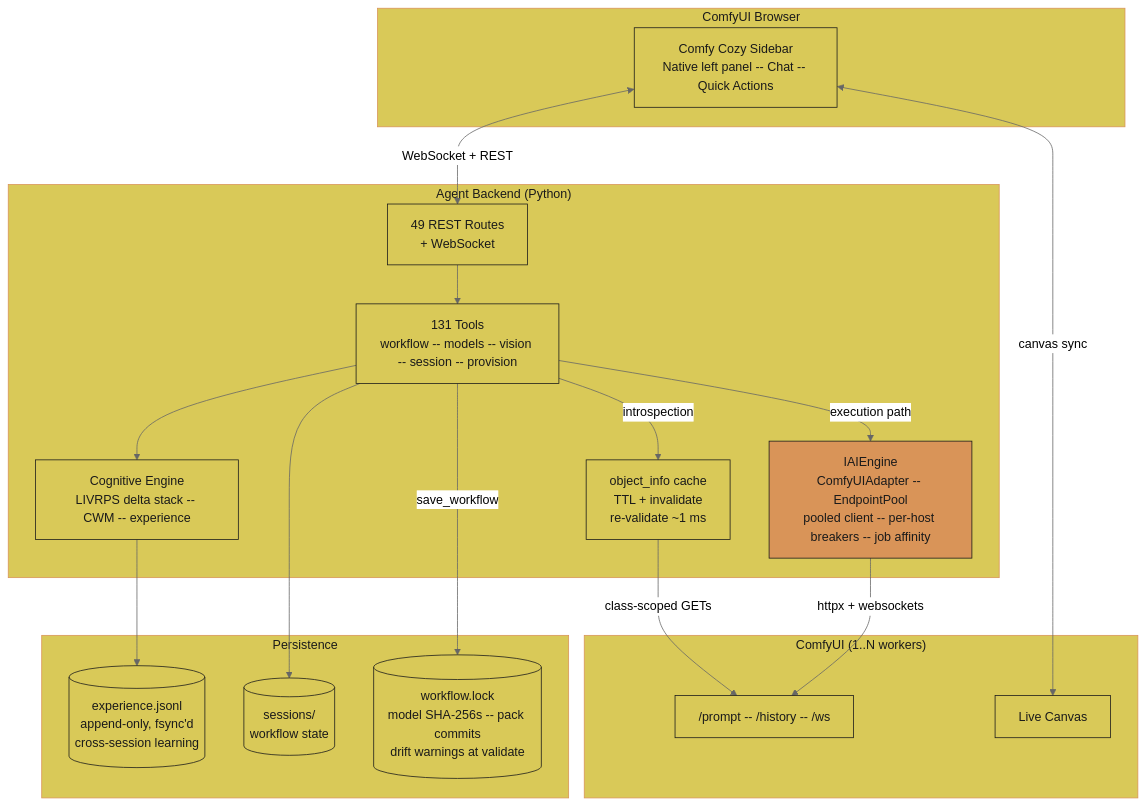
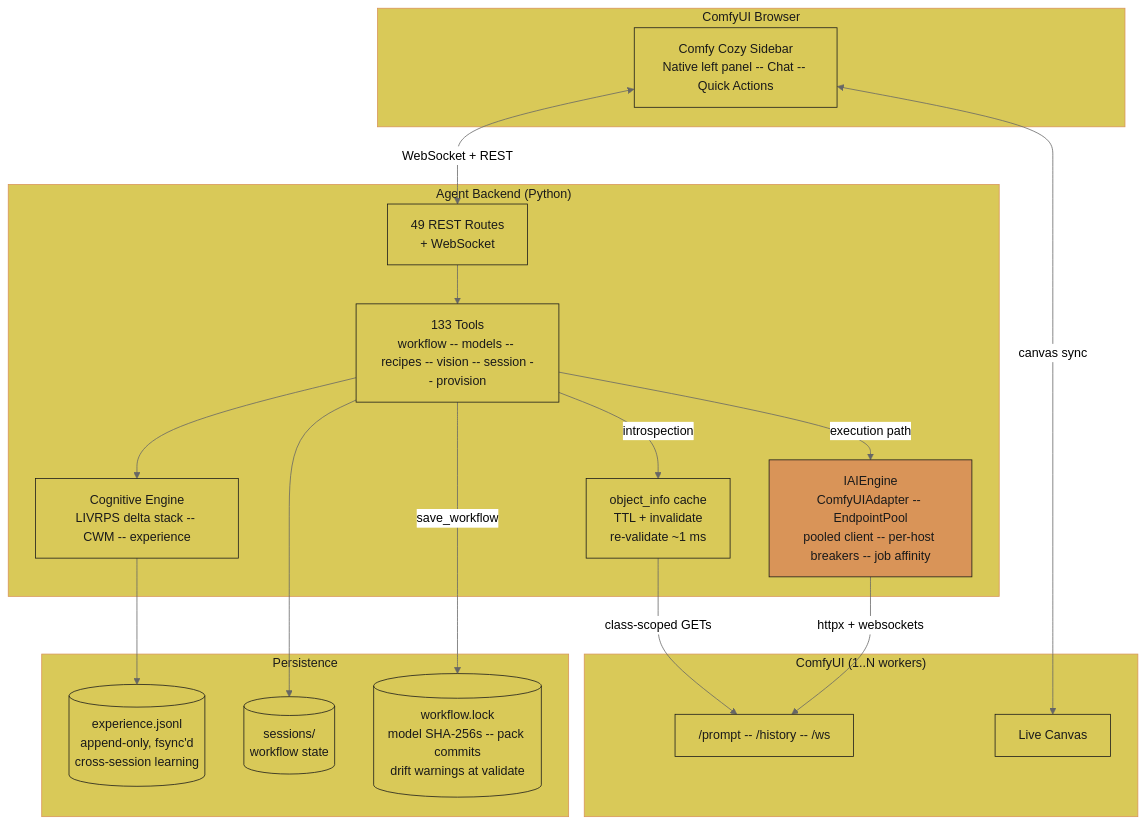
The seventh of 33 diagrams in README.md (JosephOIbrahim/Comfy-Cozy), drawn with Mermaid (neutral theme) before and after one commit. The commit also changed other lines of this file, not shown here.

First line of the commit message:
[UNDERSTAND] docs(readme): ADHD-friendly pass + recipes + verified counts (#79)

````diff
--- a/README.md
+++ b/README.md
@@ -556,44 +590,44 @@
 ```mermaid
 graph TB
     subgraph Browser ["ComfyUI Browser"]
         Sidebar["Comfy Cozy Sidebar<br/>Native left panel -- Chat -- Quick Actions"]
     end
     subgraph Backend ["Agent Backend (Python)"]
         Routes["49 REST Routes<br/>+ WebSocket"]
-        Tools["131 Tools<br/>workflow -- models -- vision -- session -- provision"]
+        Tools["133 Tools<br/>workflow -- models -- recipes -- vision -- session -- provision"]
         Cache["object_info cache<br/>TTL + invalidate<br/>re-validate ~1 ms"]
         Engine["IAIEngine<br/>ComfyUIAdapter -- EndpointPool<br/>pooled client -- per-host breakers -- job affinity"]
         Cog["Cognitive Engine<br/>LIVRPS delta stack -- CWM -- experience"]
     end
     subgraph ComfyUI ["ComfyUI (1..N workers)"]
         API["/prompt -- /history -- /ws"]
         Canvas["Live Canvas"]
     end
     subgraph Disk ["Persistence"]
         EXP[("experience.jsonl<br/>append-only, fsync'd<br/>cross-session learning")]
         Sessions[("sessions/<br/>workflow state")]
         Lock[("workflow.lock<br/>model SHA-256s -- pack commits<br/>drift warnings at validate")]
     end
 
     Sidebar <-->|"WebSocket + REST"| Routes
     Sidebar <-->|"canvas sync"| Canvas
     Routes --> Tools
     Tools --> Cog
     Tools -->|introspection| Cache
     Cache -->|"class-scoped GETs"| API
     Tools -->|execution path| Engine
     Engine -->|httpx + websockets| API
     Cog --> EXP
     Tools --> Sessions
     Tools -->|save_workflow| Lock
 
     style Browser fill:#d9c958,color:#1a1a1a,stroke:#d99458
     style Backend fill:#d9c958,color:#1a1a1a,stroke:#d99458
     style ComfyUI fill:#d9c958,color:#1a1a1a,stroke:#d99458
     style Disk fill:#d9c958,color:#1a1a1a,stroke:#d99458
 
     classDef orange fill:#d99458,color:#1a1a1a,stroke:#1a1a1a
     classDef yellow fill:#d9c958,color:#1a1a1a,stroke:#1a1a1a
     class Engine orange
     class Sidebar,Routes,Tools,Cache,Cog,API,Canvas,EXP,Sessions,Lock yellow
 ```
````
